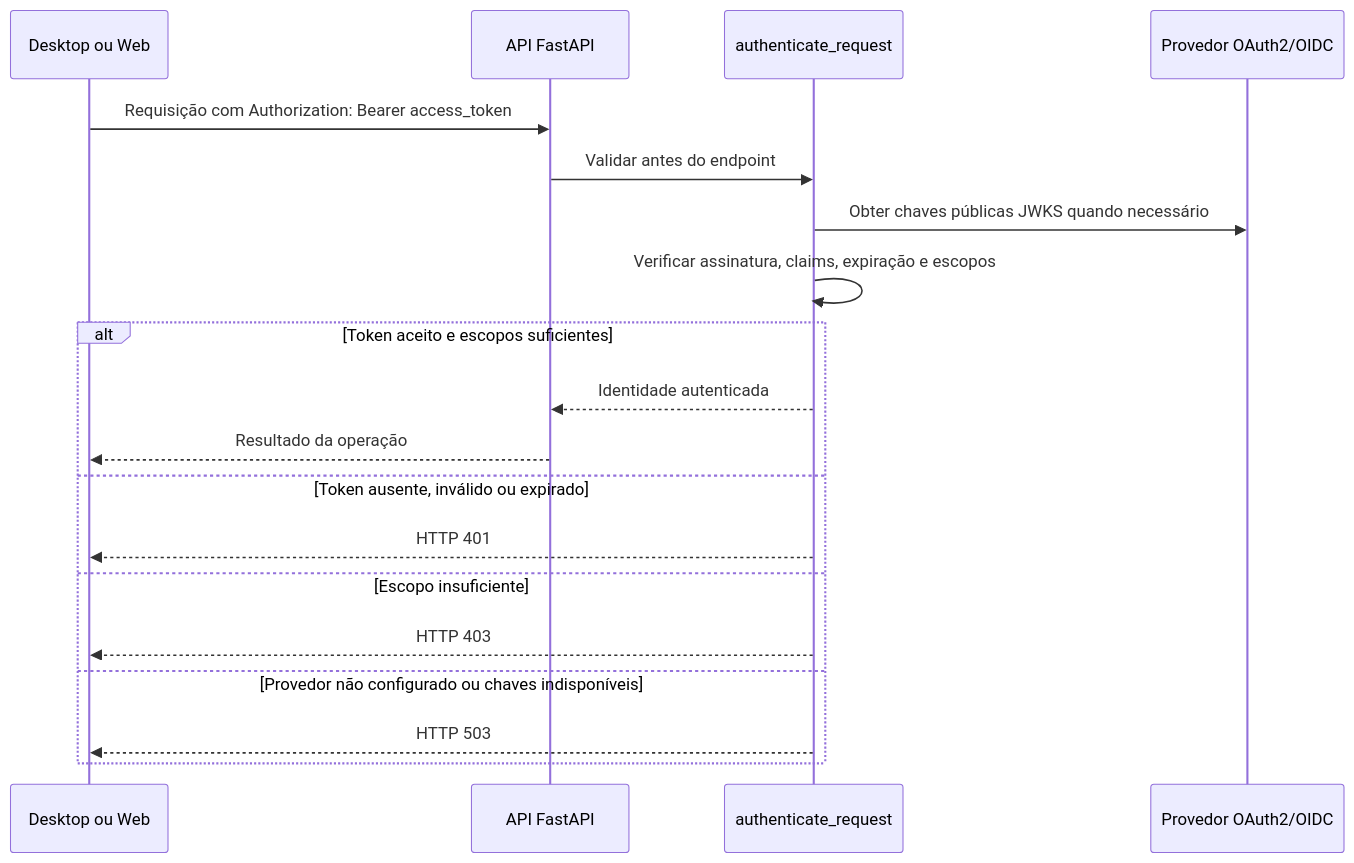
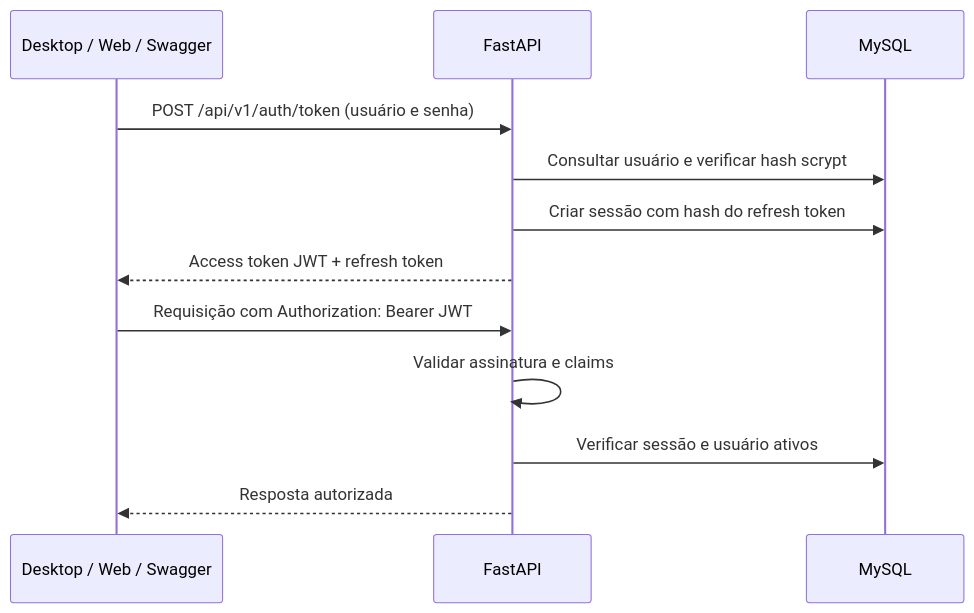
One commit to MarcosKern/ProntuarioEdu-Hospitalar changed the diagram in backend/AUTHENTICATION.md. Above: the diagram before and after it, drawn with Mermaid. The commit also changed other lines of this file and 52 other files, not shown here.

First line of the commit message:
feat: simplifica autenticação com login local e JWT

````diff
--- a/backend/AUTHENTICATION.md
+++ b/backend/AUTHENTICATION.md
@@ -9,21 +5,14 @@
 ```mermaid
 sequenceDiagram
-    participant App as Desktop ou Web
-    participant API as API FastAPI
-    participant Auth as authenticate_request
-    participant Provider as Provedor OAuth2/OIDC
-    App->>API: Requisição com Authorization: Bearer access_token
-    API->>Auth: Validar antes do endpoint
-    Auth->>Provider: Obter chaves públicas JWKS quando necessário
-    Auth->>Auth: Verificar assinatura, claims, expiração e escopos
-    alt Token aceito e escopos suficientes
-        Auth-->>API: Identidade autenticada
-        API-->>App: Resultado da operação
-    else Token ausente, inválido ou expirado
-        Auth-->>App: HTTP 401
-    else Escopo insuficiente
-        Auth-->>App: HTTP 403
-    else Provedor não configurado ou chaves indisponíveis
-        Auth-->>App: HTTP 503
-    end
+    participant App as Desktop / Web / Swagger
+    participant API as FastAPI
+    participant DB as MySQL
+    App->>API: POST /api/v1/auth/token (usuário e senha)
+    API->>DB: Consultar usuário e verificar hash scrypt
+    API->>DB: Criar sessão com hash do refresh token
+    API-->>App: Access token JWT + refresh token
+    App->>API: Requisição com Authorization: Bearer JWT
+    API->>API: Validar assinatura e claims
+    API->>DB: Verificar sessão e usuário ativos
+    API-->>App: Resposta autorizada
 ```
````
